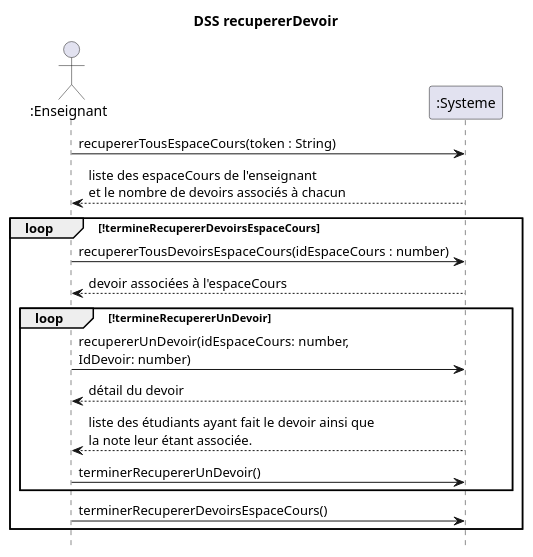
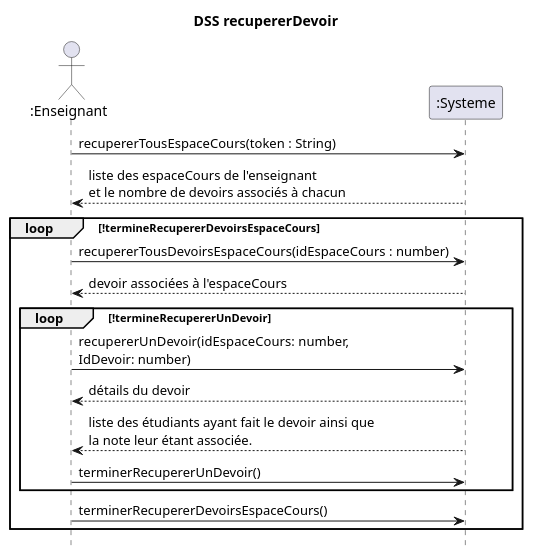
One commit to nerdz88/SGA-TS changed the diagram in docs/Récupérer devoir/DSS_RecupererDevoir.puml. Above: the diagram before and after it, drawn with PlantUML. The commit also changed 11 other files, not shown here.

```diff
--- a/docs/Récupérer devoir/DSS_RecupererDevoir.puml
+++ b/docs/Récupérer devoir/DSS_RecupererDevoir.puml
@@ -1,20 +1,20 @@
 @startuml DSS_RecupererDevoir
 title DSS recupererDevoir
 hide footbox
 actor ":Enseignant" as professeur
 participant ":Systeme" as systeme
 
 professeur ->  systeme : recupererTousEspaceCours(token : String)
 professeur <-- systeme : liste des espaceCours de l'enseignant\net le nombre de devoirs associés à chacun
 loop !termineRecupererDevoirsEspaceCours
 professeur -> systeme : recupererTousDevoirsEspaceCours(idEspaceCours : number)
 professeur <-- systeme : devoir associées à l'espaceCours
 loop !termineRecupererUnDevoir
 professeur -> systeme : recupererUnDevoir(idEspaceCours: number,\nIdDevoir: number)
-professeur <-- systeme : détail du devoir
+professeur <-- systeme : détails du devoir
 professeur <-- systeme : liste des étudiants ayant fait le devoir ainsi que\nla note leur étant associée.
 professeur -> systeme : terminerRecupererUnDevoir()
 end
 professeur -> systeme : terminerRecupererDevoirsEspaceCours()
 end
 @enduml
```
